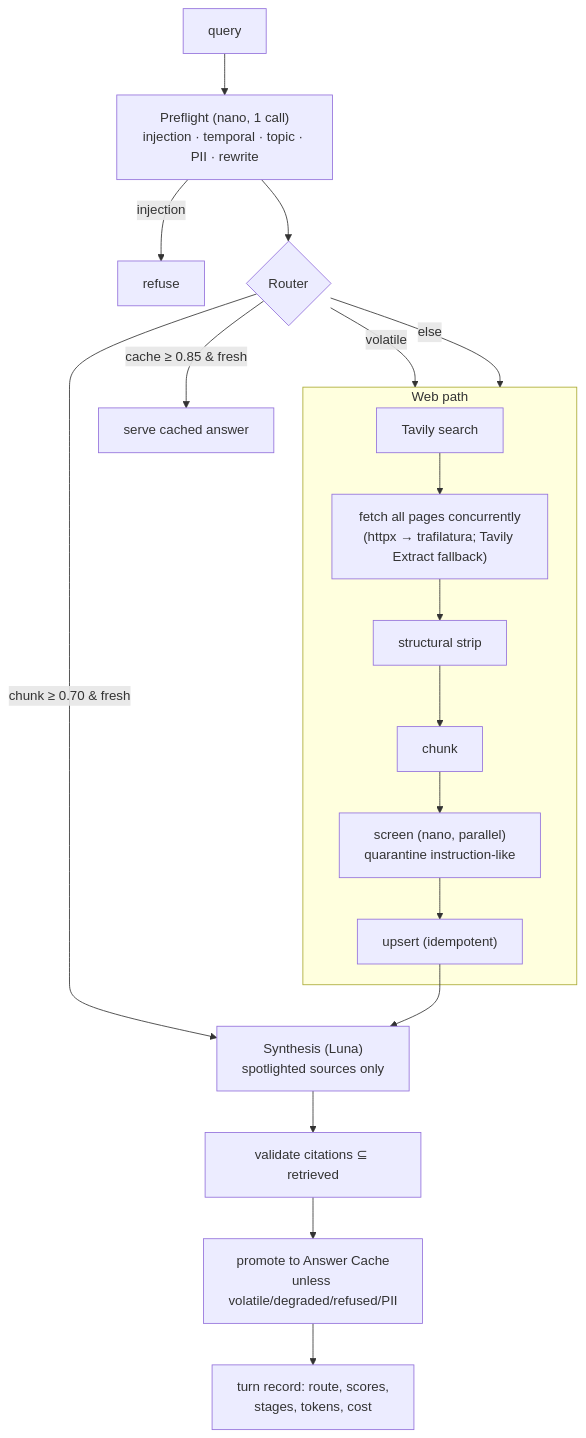
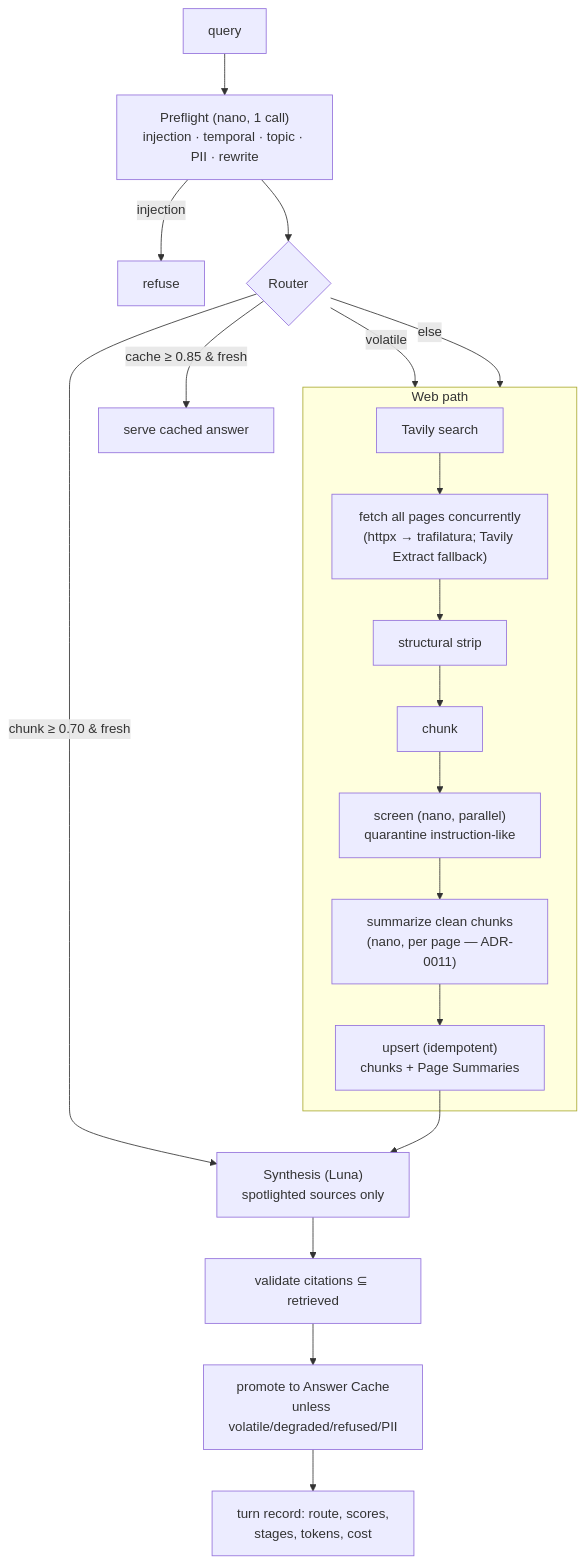
Before and after one commit to vadjs/memory-first-agent: the second of 3 diagrams in docs/SAD.md, drawn with Mermaid. The commit also changed other lines of this file and 10 other files, not shown here.

First line of the commit message:
feat: ingest-time Page Summaries after screening (ADR-0011)

````diff
--- a/docs/SAD.md
+++ b/docs/SAD.md
@@ -43,18 +43,18 @@
 ```mermaid
 flowchart TB
     Q[query] --> PRE["Preflight (nano, 1 call)\ninjection · temporal · topic · PII · rewrite"]
     PRE -->|injection| REF[refuse]
     PRE --> R{Router}
     R -->|"volatile"| WEBP
     R -->|"cache ≥ 0.85 & fresh"| CH["serve cached answer"]
     R -->|"chunk ≥ 0.70 & fresh"| SYN
     R -->|"else"| WEBP
     subgraph WEBP["Web path"]
         S[Tavily search] --> F["fetch all pages concurrently\n(httpx → trafilatura; Tavily Extract fallback)"]
-        F --> ST[structural strip] --> CK[chunk] --> SC["screen (nano, parallel)\nquarantine instruction-like"] --> UP["upsert (idempotent)"]
+        F --> ST[structural strip] --> CK[chunk] --> SC["screen (nano, parallel)\nquarantine instruction-like"] --> SM["summarize clean chunks\n(nano, per page — ADR-0011)"] --> UP["upsert (idempotent)\nchunks + Page Summaries"]
     end
     UP --> SYN["Synthesis (Luna)\nspotlighted sources only"]
     SYN --> V["validate citations ⊆ retrieved"]
     V --> PROM["promote to Answer Cache\nunless volatile/degraded/refused/PII"]
     PROM --> T[turn record: route, scores,\nstages, tokens, cost]
 ```
````
